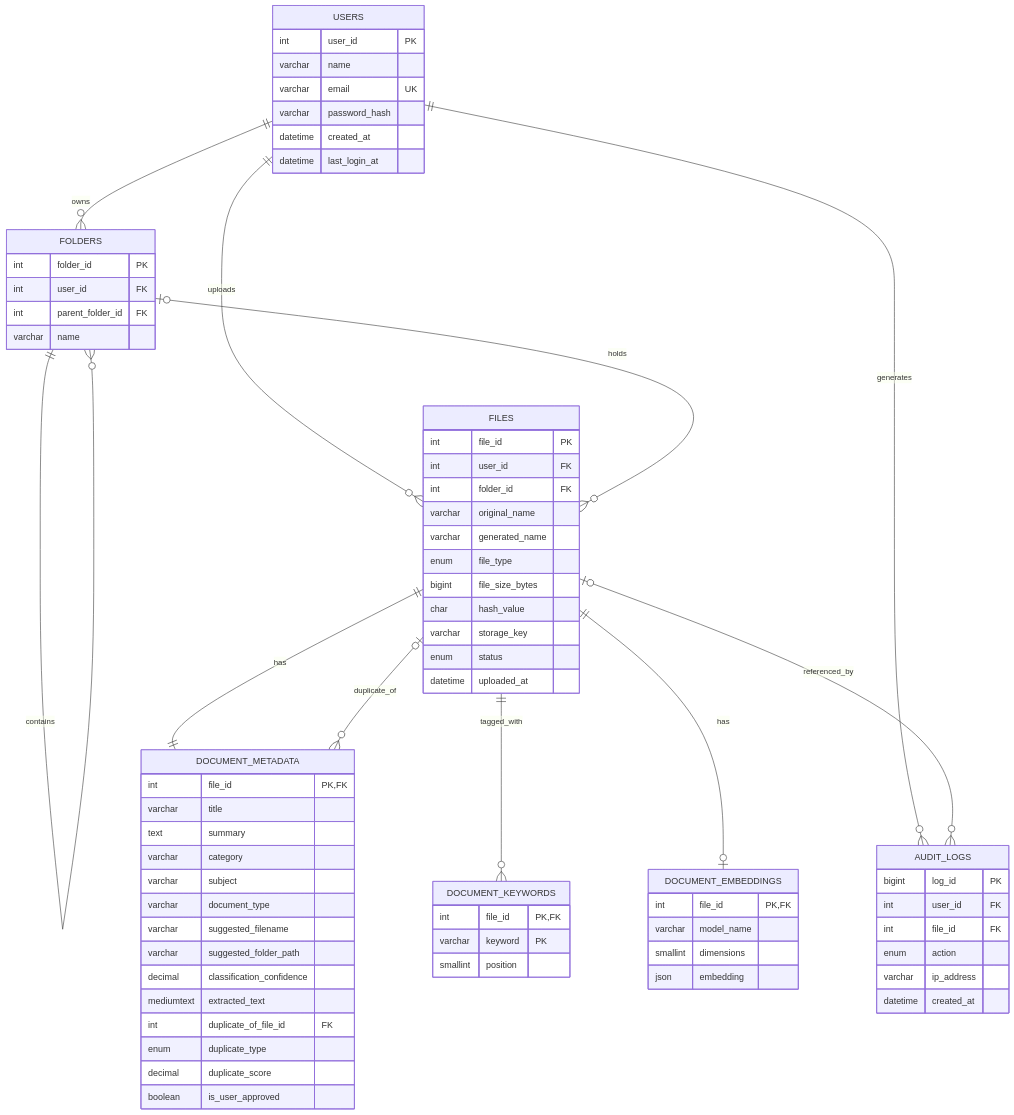
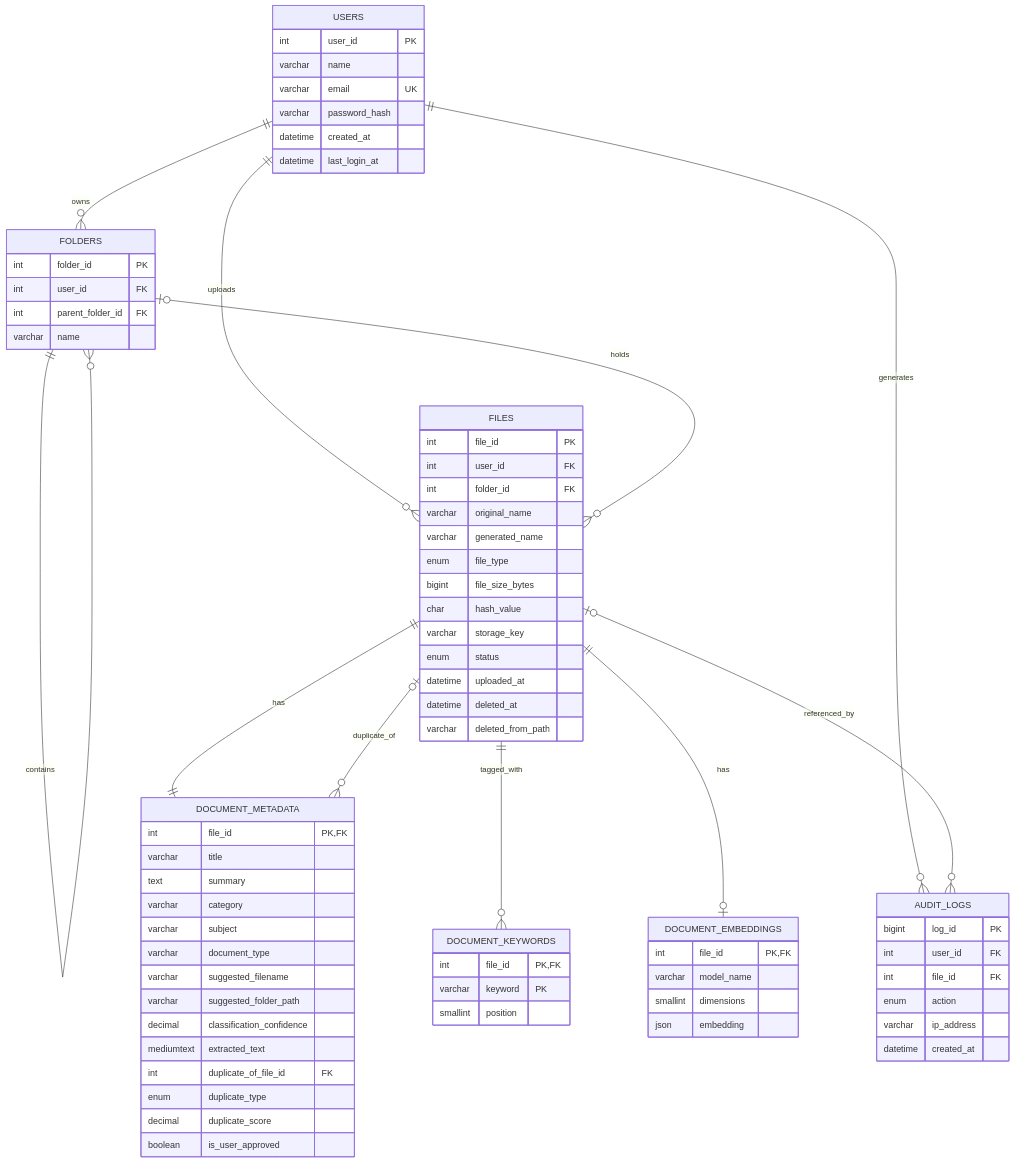
Before and after one commit to SebagatSelim/filemanager: the diagram in docs/05-database-design.md, drawn with Mermaid. The commit also changed other lines of this file and 24 other files, not shown here.

````diff
--- a/docs/05-database-design.md
+++ b/docs/05-database-design.md
@@ -24,76 +24,78 @@
 ```mermaid
 erDiagram
     USERS ||--o{ FOLDERS : owns
     USERS ||--o{ FILES : uploads
     USERS ||--o{ AUDIT_LOGS : generates
     FOLDERS ||--o{ FOLDERS : contains
     FOLDERS |o--o{ FILES : holds
     FILES ||--|| DOCUMENT_METADATA : has
     FILES |o--o{ DOCUMENT_METADATA : duplicate_of
     FILES ||--o{ DOCUMENT_KEYWORDS : tagged_with
     FILES ||--o| DOCUMENT_EMBEDDINGS : has
     FILES |o--o{ AUDIT_LOGS : referenced_by
 
     USERS {
         int user_id PK
         varchar name
         varchar email UK
         varchar password_hash
         datetime created_at
         datetime last_login_at
     }
     FOLDERS {
         int folder_id PK
         int user_id FK
         int parent_folder_id FK
         varchar name
     }
     FILES {
         int file_id PK
         int user_id FK
         int folder_id FK
         varchar original_name
         varchar generated_name
         enum file_type
         bigint file_size_bytes
         char hash_value
         varchar storage_key
         enum status
         datetime uploaded_at
+        datetime deleted_at
+        varchar deleted_from_path
     }
     DOCUMENT_METADATA {
         int file_id PK, FK
         varchar title
         text summary
         varchar category
         varchar subject
         varchar document_type
         varchar suggested_filename
         varchar suggested_folder_path
         decimal classification_confidence
         mediumtext extracted_text
         int duplicate_of_file_id FK
         enum duplicate_type
         decimal duplicate_score
         boolean is_user_approved
     }
     DOCUMENT_KEYWORDS {
         int file_id PK, FK
         varchar keyword PK
         smallint position
     }
     DOCUMENT_EMBEDDINGS {
         int file_id PK, FK
         varchar model_name
         smallint dimensions
         json embedding
     }
     AUDIT_LOGS {
         bigint log_id PK
         int user_id FK
         int file_id FK
         enum action
         varchar ip_address
         datetime created_at
     }
 ```
````
